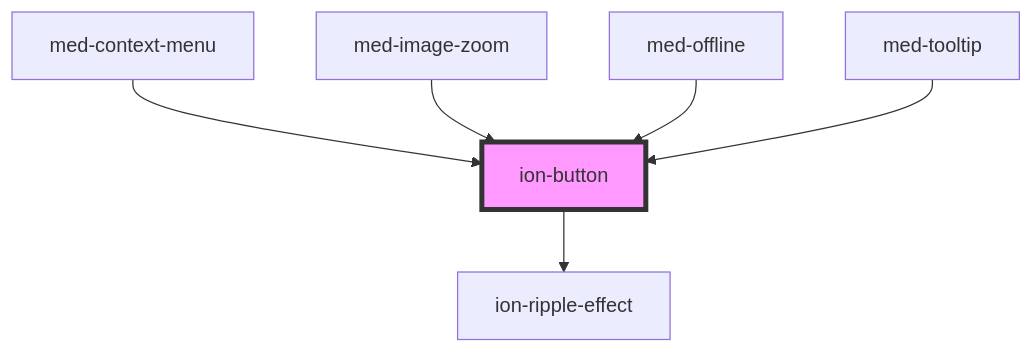
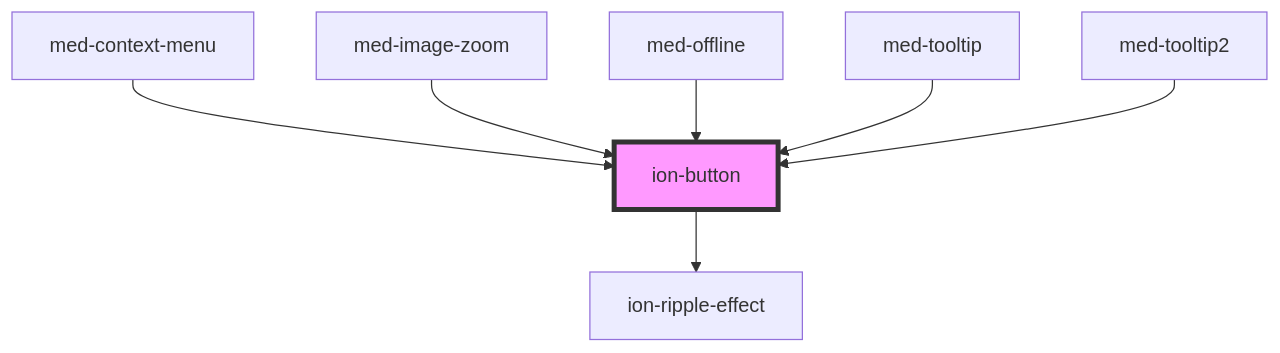
Before and after one commit to MEDGRUPOGIT/ionic-framework-1: the diagram in core/src/components/button/readme.md, drawn with Mermaid. The commit also changed other lines of this file and 23 other files, not shown here.

````diff
--- a/core/src/components/button/readme.md
+++ b/core/src/components/button/readme.md
@@ -382,9 +383,10 @@
 ```mermaid
 graph TD;
   ion-button --> ion-ripple-effect
   med-context-menu --> ion-button
   med-image-zoom --> ion-button
   med-offline --> ion-button
   med-tooltip --> ion-button
+  med-tooltip2 --> ion-button
   style ion-button fill:#f9f,stroke:#333,stroke-width:4px
 ```
````
